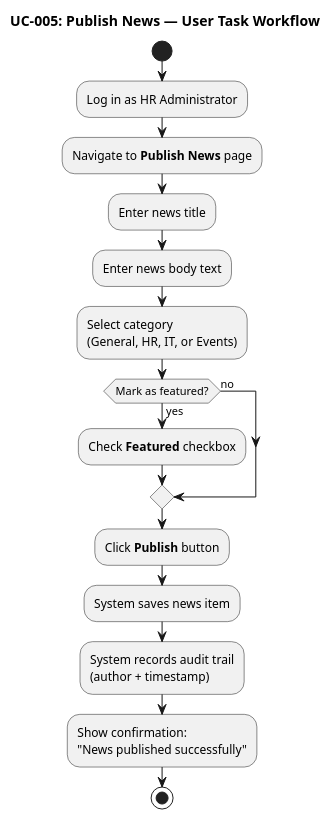
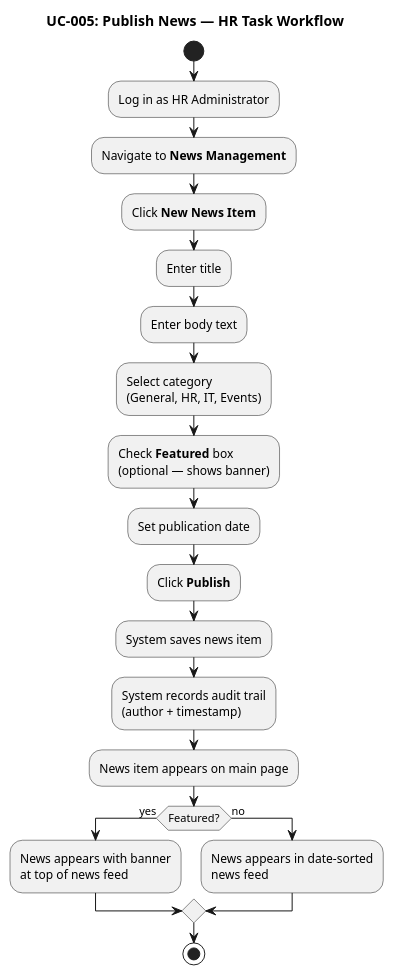
Before and after one commit to banense-test/portal-cuba-corp: the fourth of 10 diagrams in docs/artifacts/deployment/user-documentation.md, drawn with PlantUML. The commit also changed other lines of this file, not shown here.

First line of the commit message:
Technical Writer [C2]: upsert User Documentation

````diff
--- a/docs/artifacts/deployment/user-documentation.md
+++ b/docs/artifacts/deployment/user-documentation.md
@@ -240,26 +247,33 @@
 ```plantuml
 @startuml
-title UC-005: Publish News — User Task Workflow
+title UC-005: Publish News — HR Task Workflow
 
 skinparam activityStyle rounded
 
 start
 :Log in as HR Administrator;
-:Navigate to **Publish News** page;
-:Enter news title;
-:Enter news body text;
-:Select category\n(General, HR, IT, or Events);
-if (Mark as featured?) then (yes)
-  :Check **Featured** checkbox;
-else (no)
-endif
-:Click **Publish** button;
+:Navigate to **News Management**;
+:Click **New News Item**;
+
+:Enter title;
+:Enter body text;
+:Select category\n(General, HR, IT, Events);
+:Check **Featured** box\n(optional — shows banner);
+:Set publication date;
+
+:Click **Publish**;
 
 :System saves news item;
 :System records audit trail\n(author + timestamp);
-:Show confirmation:\n"News published successfully";
+:News item appears on main page;
+
+if (Featured?) then (yes)
+  :News appears with banner\nat top of news feed;
+else (no)
+  :News appears in date-sorted\nnews feed;
+endif
 
 stop
 
 @enduml
 ```
````
